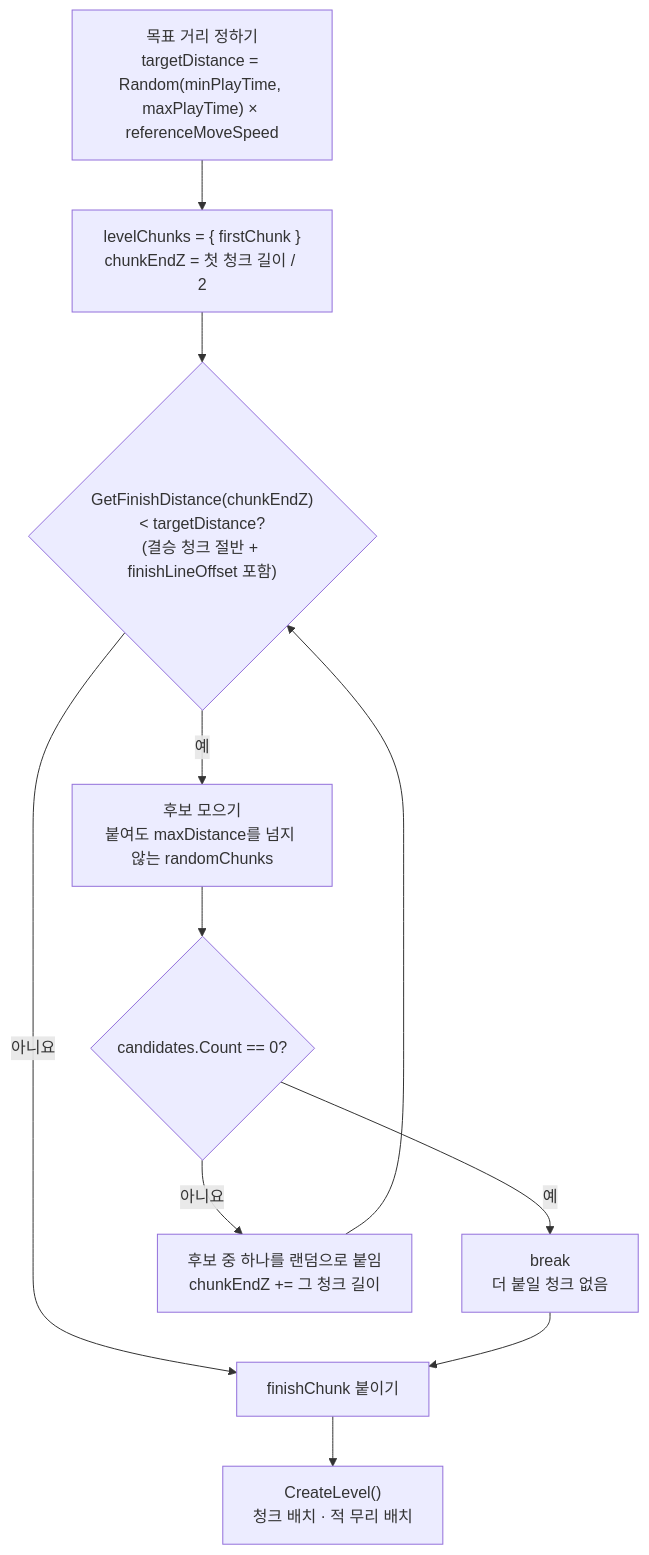
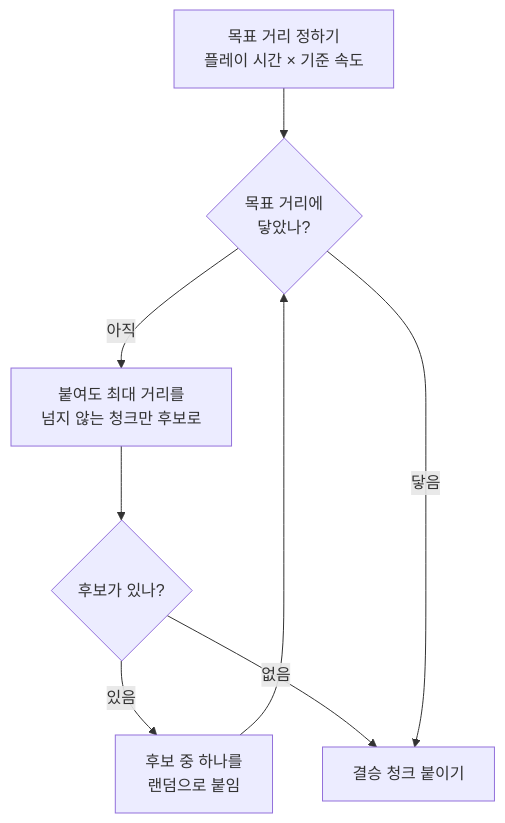
Before and after one commit to tmdrn17/portfolio: the third of 3 diagrams in src/05-AnimalRun/기술문서.md, drawn with Mermaid. The commit also changed other lines of this file and 3 other files, not shown here.

````diff
--- a/src/05-AnimalRun/기술문서.md
+++ b/src/05-AnimalRun/기술문서.md
@@ -354,13 +354,10 @@
 ```mermaid
 flowchart TD
-    A["목표 거리 정하기<br/>targetDistance = Random(minPlayTime, maxPlayTime) × referenceMoveSpeed"] --> B["levelChunks = { firstChunk }<br/>chunkEndZ = 첫 청크 길이 / 2"]
-    B --> C{"GetFinishDistance(chunkEndZ)<br/>< targetDistance?<br/>(결승 청크 절반 + finishLineOffset 포함)"}
-    C -->|예| D["후보 모으기<br/>붙여도 maxDistance를 넘지 않는 randomChunks"]
-    D --> E{"candidates.Count == 0?"}
-    E -->|예| F["break<br/>더 붙일 청크 없음"]
-    E -->|아니요| G["후보 중 하나를 랜덤으로 붙임<br/>chunkEndZ += 그 청크 길이"]
+    A["목표 거리 정하기<br/>플레이 시간 × 기준 속도"] --> C{"목표 거리에<br/>닿았나?"}
+    C -->|아직| D["붙여도 최대 거리를<br/>넘지 않는 청크만 후보로"]
+    D --> E{"후보가 있나?"}
+    E -->|있음| G["후보 중 하나를<br/>랜덤으로 붙임"]
     G --> C
-    C -->|아니요| H["finishChunk 붙이기"]
-    F --> H
-    H --> I["CreateLevel()<br/>청크 배치 · 적 무리 배치"]
+    E -->|없음| H["결승 청크 붙이기"]
+    C -->|닿음| H
 ```
````
